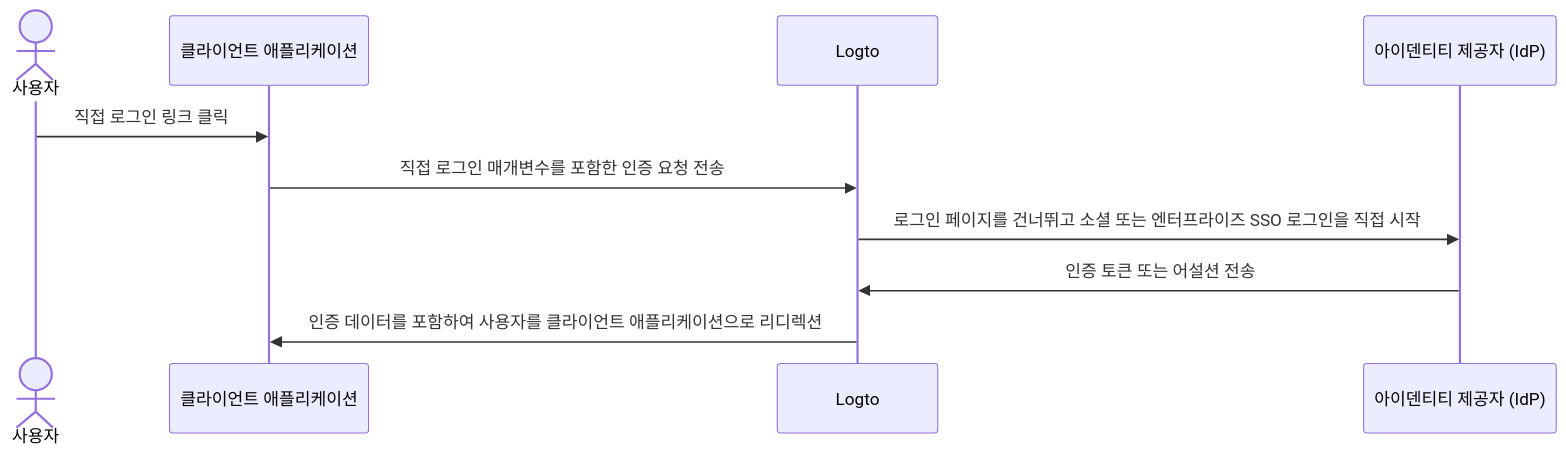
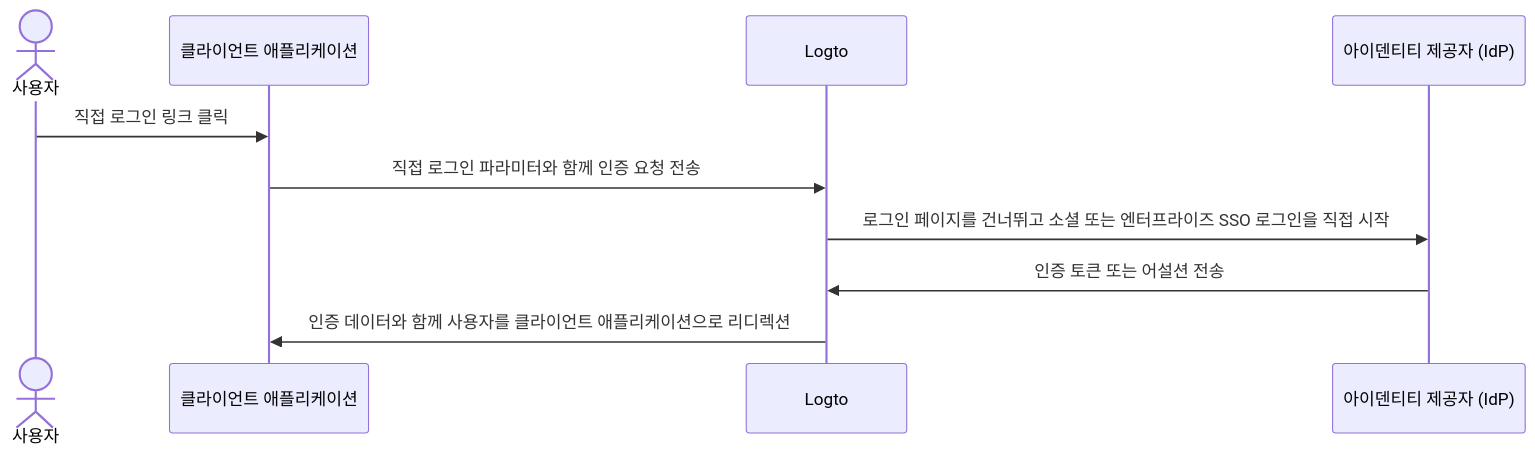
The diagram in i18n/ko/docusaurus-plugin-content-docs/current/end-user-flows/authentication-parameters/direct-sign-in.mdx (logto-io/docs), drawn with Mermaid before and after one commit. The commit also changed other lines of this file and 63 other files, not shown here.

````diff
--- a/i18n/ko/docusaurus-plugin-content-docs/current/end-user-flows/authentication-parameters/direct-sign-in.mdx
+++ b/i18n/ko/docusaurus-plugin-content-docs/current/end-user-flows/authentication-parameters/direct-sign-in.mdx
@@ -11,13 +11,13 @@
 ```mermaid
 sequenceDiagram
     actor user as 사용자
     participant app as 클라이언트 애플리케이션
     participant logto as Logto
     participant idp as 아이덴티티 제공자 (IdP)
 
     user->>app: 직접 로그인 링크 클릭
-    app->>logto: 직접 로그인 매개변수를 포함한 인증 요청 전송
+    app->>logto: 직접 로그인 파라미터와 함께 인증 요청 전송
     logto->>idp: 로그인 페이지를 건너뛰고 소셜 또는 엔터프라이즈 SSO 로그인을 직접 시작
     idp->>logto: 인증 토큰 또는 어설션 전송
-    logto->>app: 인증 데이터를 포함하여 사용자를 클라이언트 애플리케이션으로 리디렉션
+    logto->>app: 인증 데이터와 함께 사용자를 클라이언트 애플리케이션으로 리디렉션
 ```
````
